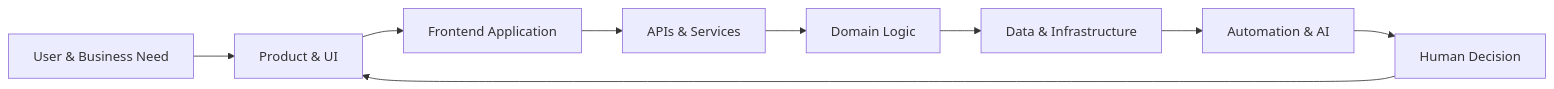
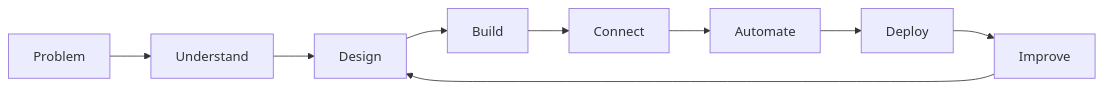
Before and after one commit to Selaseyjr/Selaseyjr: the diagram in README.md, drawn with Mermaid. The commit also changed other lines of this file, not shown here.

First line of the commit message:
Revise README for clarity on digital product focus

````diff
--- a/README.md
+++ b/README.md
@@ -54,11 +54,11 @@
 ```mermaid
 flowchart LR
-    A[User & Business Need] --> B[Product & UI]
-    B --> C[Frontend Application]
-    C --> D[APIs & Services]
-    D --> E[Domain Logic]
-    E --> F[Data & Infrastructure]
-    F --> G[Automation & AI]
-    G --> H[Human Decision]
-    H --> B
+    A[Problem] --> B[Understand]
+    B --> C[Design]
+    C --> D[Build]
+    D --> E[Connect]
+    E --> F[Automate]
+    F --> G[Deploy]
+    G --> H[Improve]
+    H --> C
 ```
````
